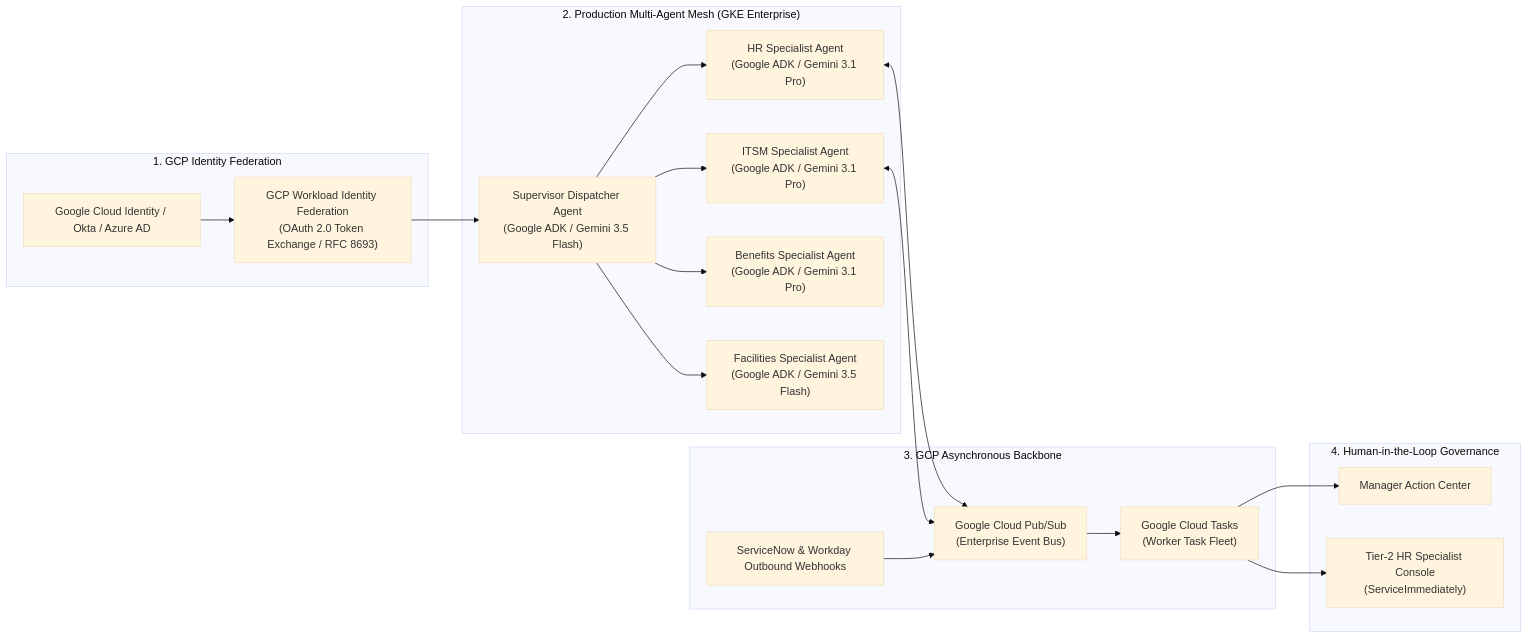
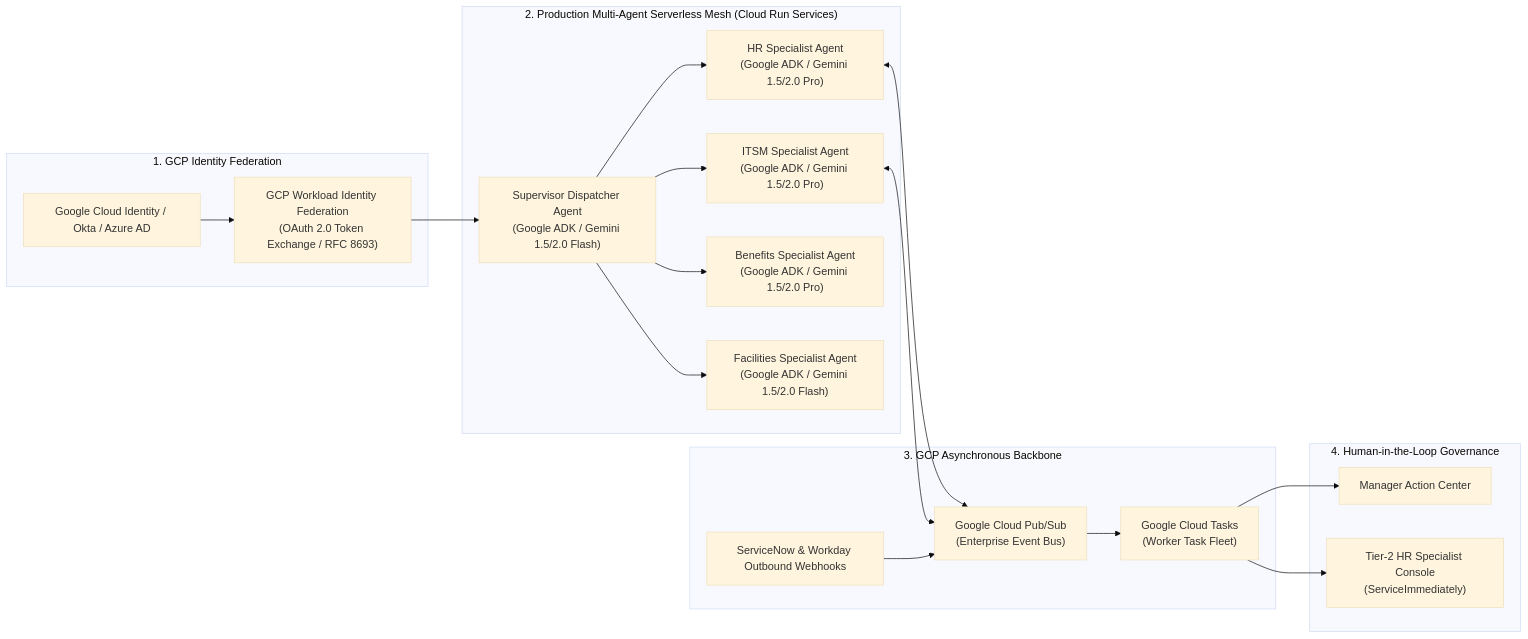
Before and after one commit to SushantJagdale/elevate-hr-agentic-solution: the second of 10 diagrams in Consolidated_SDD.md, drawn with Mermaid (base theme). The commit also changed other lines of this file, not shown here.

````diff
--- a/Consolidated_SDD.md
+++ b/Consolidated_SDD.md
@@ -169,40 +169,40 @@
 ```mermaid
 flowchart LR
     subgraph EnterpriseIdentity ["1. GCP Identity Federation"]
         Identity["Google Cloud Identity / Okta / Azure AD"]
         WorkloadID["GCP Workload Identity Federation\n(OAuth 2.0 Token Exchange / RFC 8693)"]
     end
 
-    subgraph MultiAgentMesh ["2. Production Multi-Agent Mesh (GKE Enterprise)"]
-        Supervisor["Supervisor Dispatcher Agent\n(Google ADK / Gemini 3.5 Flash)"]
-        HRAgent["HR Specialist Agent\n(Google ADK / Gemini 3.1 Pro)"]
-        ITAgent["ITSM Specialist Agent\n(Google ADK / Gemini 3.1 Pro)"]
-        BenefitsAgent["Benefits Specialist Agent\n(Google ADK / Gemini 3.1 Pro)"]
-        FacilitiesAgent["Facilities Specialist Agent\n(Google ADK / Gemini 3.5 Flash)"]
+    subgraph MultiAgentMesh ["2. Production Multi-Agent Serverless Mesh (Cloud Run Services)"]
+        Supervisor["Supervisor Dispatcher Agent\n(Google ADK / Gemini 1.5/2.0 Flash)"]
+        HRAgent["HR Specialist Agent\n(Google ADK / Gemini 1.5/2.0 Pro)"]
+        ITAgent["ITSM Specialist Agent\n(Google ADK / Gemini 1.5/2.0 Pro)"]
+        BenefitsAgent["Benefits Specialist Agent\n(Google ADK / Gemini 1.5/2.0 Pro)"]
+        FacilitiesAgent["Facilities Specialist Agent\n(Google ADK / Gemini 1.5/2.0 Flash)"]
     end
 
     subgraph EventStream ["3. GCP Asynchronous Backbone"]
         PubSub["Google Cloud Pub/Sub\n(Enterprise Event Bus)"]
         Tasks["Google Cloud Tasks\n(Worker Task Fleet)"]
         Webhooks["ServiceNow & Workday Outbound Webhooks"]
     end
 
     subgraph HumanInTheLoop ["4. Human-in-the-Loop Governance"]
         ApprovalUI["Manager Action Center"]
         EscalationDesk["Tier-2 HR Specialist Console\n(ServiceImmediately)"]
     end
 
     Identity --> WorkloadID --> Supervisor
     Supervisor --> HRAgent
     Supervisor --> ITAgent
     Supervisor --> BenefitsAgent
     Supervisor --> FacilitiesAgent
 
     HRAgent <--> PubSub
     ITAgent <--> PubSub
     PubSub --> Tasks
     Webhooks --> PubSub
 
     Tasks --> ApprovalUI
     Tasks --> EscalationDesk
 ```
````
